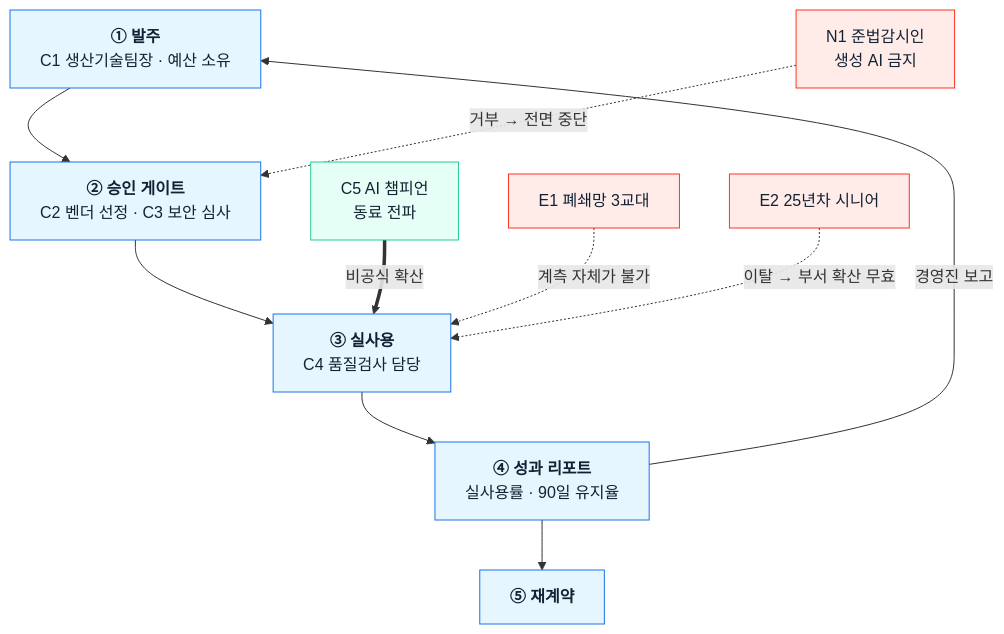
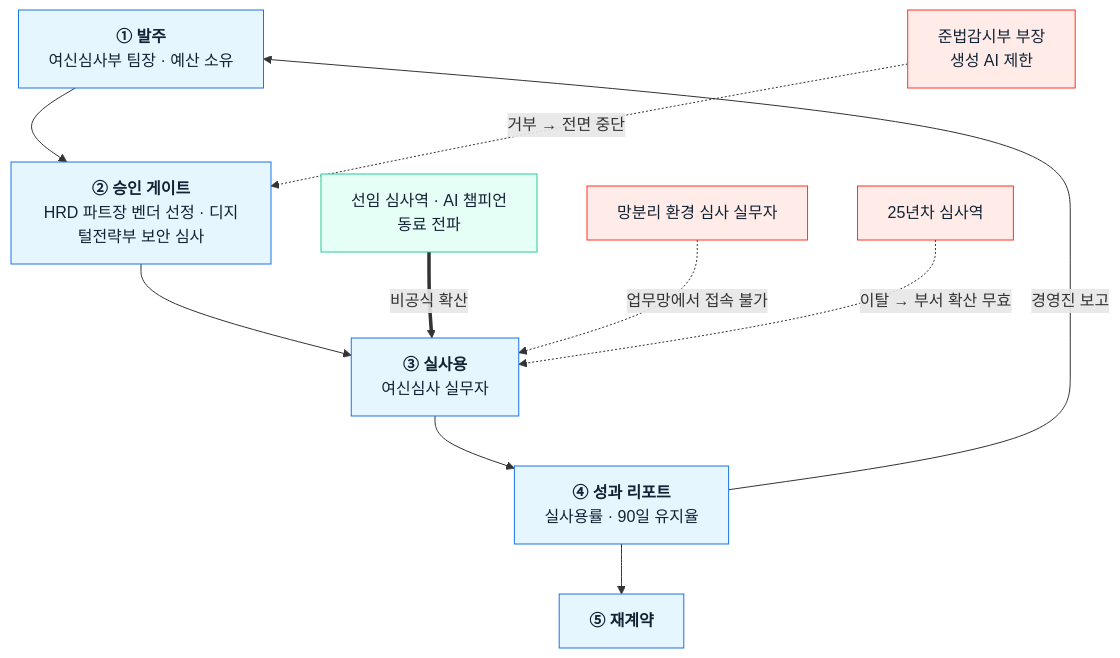
One commit to happai079/business-research-kokjip changed the third of 3 diagrams in 05-persona-spectrum-journey-map/case-01-persona-spectrum.md. Above: the diagram before and after it, drawn with Mermaid. The commit also changed other lines of this file and 5 other files, not shown here.

````diff
--- a/05-persona-spectrum-journey-map/case-01-persona-spectrum.md
+++ b/05-persona-spectrum-journey-map/case-01-persona-spectrum.md
@@ -268,23 +278,23 @@
 ```mermaid
 flowchart TB
-    S1["<b>① 발주</b><br/>C1 생산기술팀장 · 예산 소유"]
-    S2["<b>② 승인 게이트</b><br/>C2 벤더 선정 · C3 보안 심사"]
-    S3["<b>③ 실사용</b><br/>C4 품질검사 담당"]
+    S1["<b>① 발주</b><br/>여신심사부 팀장 · 예산 소유"]
+    S2["<b>② 승인 게이트</b><br/>HRD 파트장 벤더 선정 · 디지털전략부 보안 심사"]
+    S3["<b>③ 실사용</b><br/>여신심사 실무자"]
     S4["<b>④ 성과 리포트</b><br/>실사용률 · 90일 유지율"]
     S5["<b>⑤ 재계약</b>"]
 
     S1 --> S2 --> S3 --> S4 --> S5
     S4 -->|"경영진 보고"| S1
 
-    HELP["C5 AI 챔피언<br/>동료 전파"] ==>|"비공식 확산"| S3
-    BLK1["N1 준법감시인<br/>생성 AI 금지"] -.->|"거부 → 전면 중단"| S2
-    BLK2["E1 폐쇄망 3교대"] -.->|"계측 자체가 불가"| S3
-    BLK3["E2 25년차 시니어"] -.->|"이탈 → 부서 확산 무효"| S3
+    HELP["선임 심사역 · AI 챔피언<br/>동료 전파"] ==>|"비공식 확산"| S3
+    BLK1["준법감시부 부장<br/>생성 AI 제한"] -.->|"거부 → 전면 중단"| S2
+    BLK2["망분리 환경 심사 실무자"] -.->|"업무망에서 접속 불가"| S3
+    BLK3["25년차 심사역"] -.->|"이탈 → 부서 확산 무효"| S3
 
     classDef spine fill:#e6f6ff,stroke:#1a73e8,color:#123
     classDef help fill:#e6fff6,stroke:#22CC99,color:#123
     classDef block fill:#ffece9,stroke:#FF3322,color:#123
     class S1,S2,S3,S4,S5 spine
     class HELP help
     class BLK1,BLK2,BLK3 block
 ```
````
